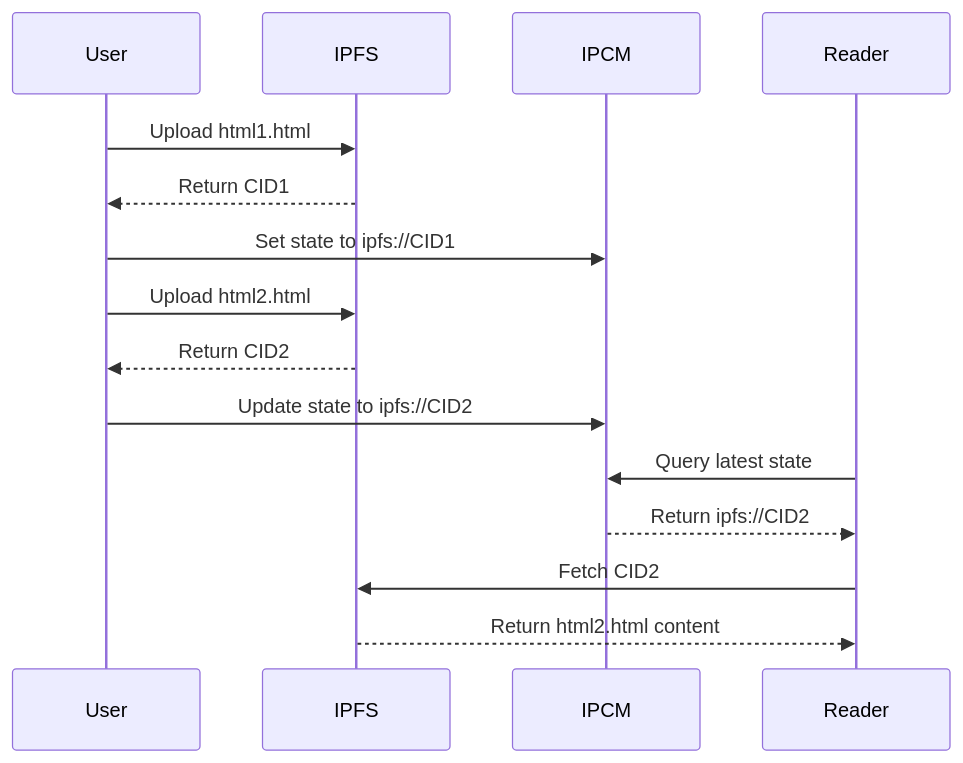
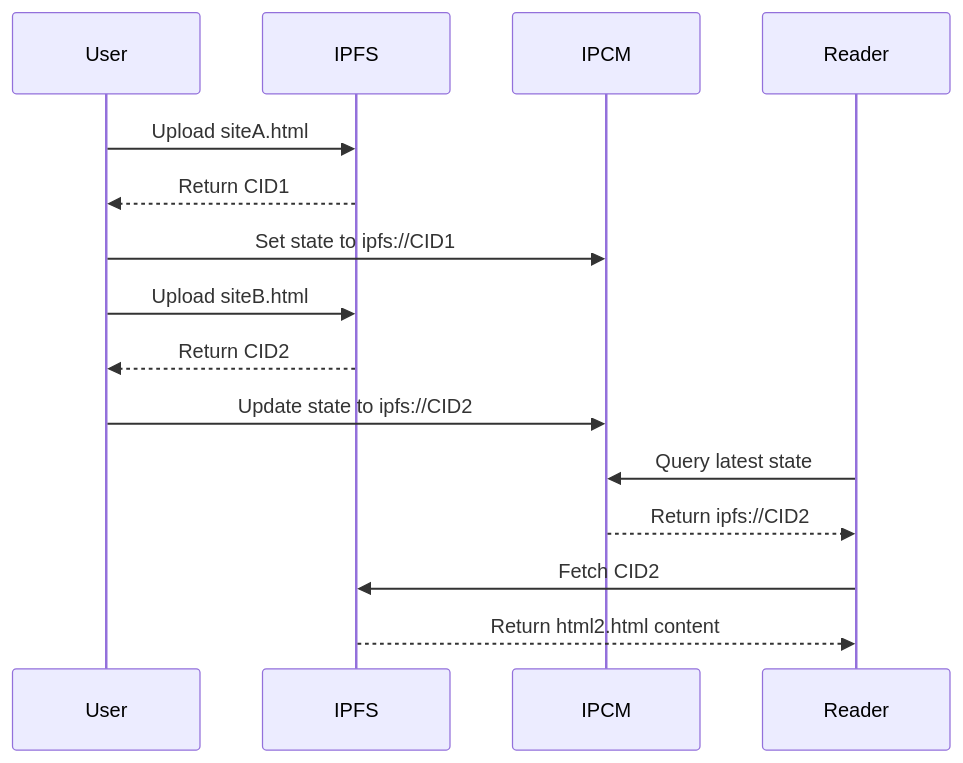
Before and after one commit to PinataCloud/ipcm: the diagram in README.md, drawn with Mermaid.

Commit message:
chore: updated mermaid

````diff
--- a/README.md
+++ b/README.md
@@ -18,18 +18,18 @@
 ```mermaid
 sequenceDiagram
     participant User
     participant IPFS
     participant IPCM
     participant Reader
 
-    User->>IPFS: Upload html1.html
+    User->>IPFS: Upload siteA.html
     IPFS-->>User: Return CID1
     User->>IPCM: Set state to ipfs://CID1
-    User->>IPFS: Upload html2.html
+    User->>IPFS: Upload siteB.html
     IPFS-->>User: Return CID2
     User->>IPCM: Update state to ipfs://CID2
     Reader->>IPCM: Query latest state
     IPCM-->>Reader: Return ipfs://CID2
     Reader->>IPFS: Fetch CID2
     IPFS-->>Reader: Return html2.html content
 ```
````
